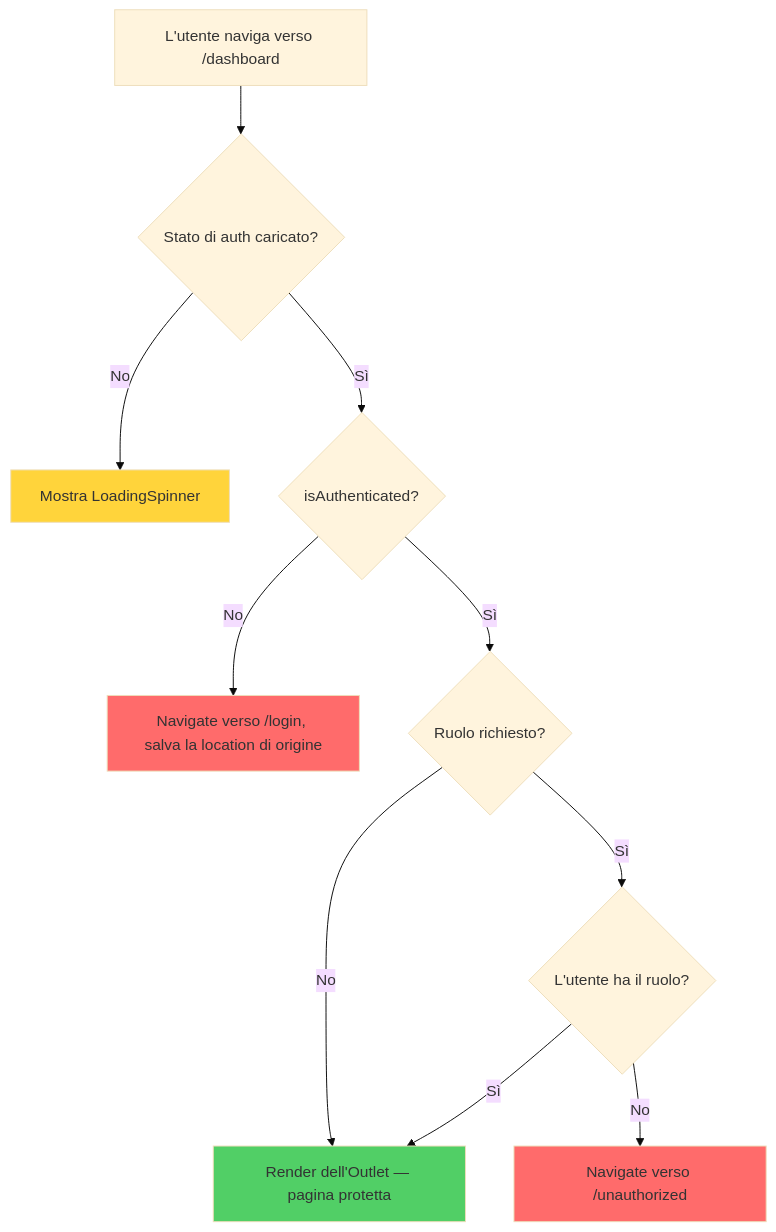
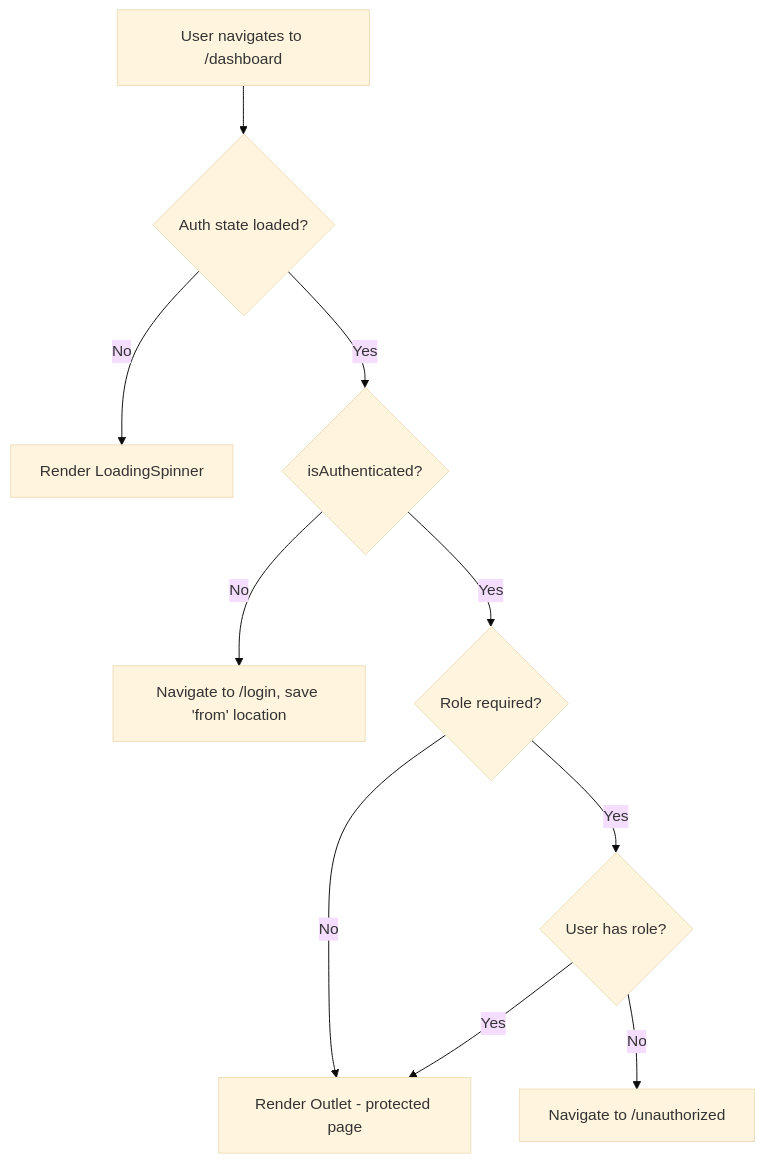
Before and after one commit to BabaScience/react-guides: the fourth of 6 diagrams in arguments/chapters/it/05-routing.md, drawn with Mermaid (base theme). The commit also changed other lines of this file and 29 other files, not shown here.

First line of the commit message:
Bring React FR/IT translations to full English parity + theme-safe diagrams

````diff
--- a/arguments/chapters/it/05-routing.md
+++ b/arguments/chapters/it/05-routing.md
@@ -195,17 +1048,13 @@
 ```mermaid
 flowchart TD
-    A["L'utente naviga verso /dashboard"] --> B{"Stato di auth caricato?"}
-    B -->|No| C["Mostra LoadingSpinner"]
-    B -->|Sì| D{"isAuthenticated?"}
-    D -->|No| E["Navigate verso /login, salva la location di origine"]
-    D -->|Sì| F{"Ruolo richiesto?"}
-    F -->|No| G["Render dell'Outlet — pagina protetta"]
-    F -->|Sì| H{"L'utente ha il ruolo?"}
-    H -->|Sì| G
-    H -->|No| I["Navigate verso /unauthorized"]
+    A["User navigates to /dashboard"] --> B{"Auth state loaded?"}
+    B -->|No| C["Render LoadingSpinner"]
+    B -->|Yes| D{"isAuthenticated?"}
+    D -->|No| E["Navigate to /login, save 'from' location"]
+    D -->|Yes| F{"Role required?"}
+    F -->|No| G["Render Outlet - protected page"]
+    F -->|Yes| H{"User has role?"}
+    H -->|Yes| G
+    H -->|No| I["Navigate to /unauthorized"]
 
-    style C fill:#ffd43b
-    style E fill:#ff6b6b
-    style G fill:#51cf66
-    style I fill:#ff6b6b
 ```
````
